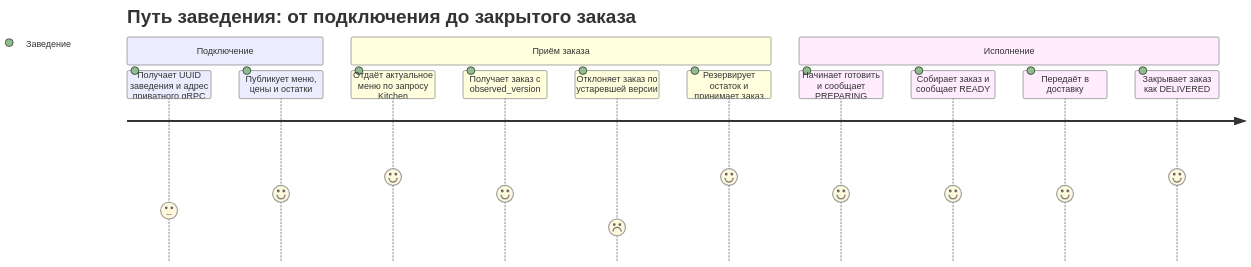
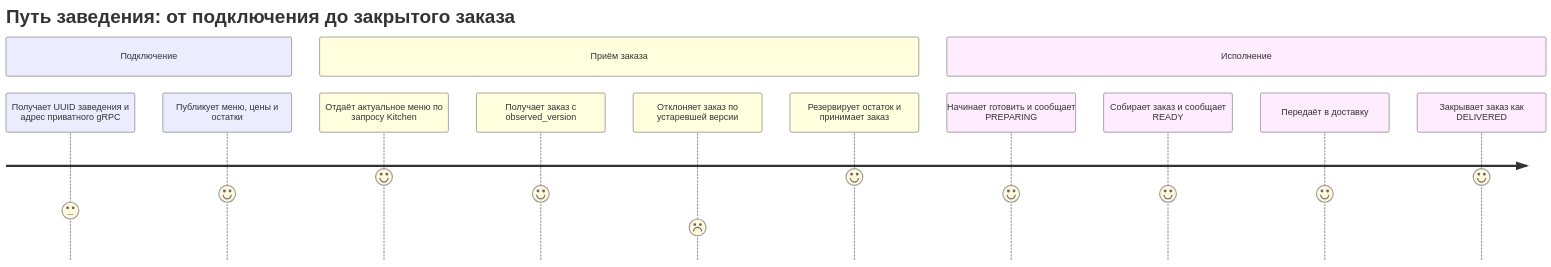
One commit to LolFolUp/avito changed the third of 10 diagrams in README.md. Above: the diagram before and after it, drawn with Mermaid. The commit also changed other lines of this file and 11 other files, not shown here.

````diff
--- a/README.md
+++ b/README.md
@@ -135,17 +151,18 @@
 ```mermaid
+%%{init: {"journey": {"width": 230, "height": 70, "taskFontSize": 14}}}%%
 journey
     title Путь заведения: от подключения до закрытого заказа
     section Подключение
-      Получает UUID заведения и адрес приватного gRPC: 3: Заведение
-      Публикует меню, цены и остатки: 4: Заведение
+      Получает UUID заведения и адрес приватного gRPC: 3
+      Публикует меню, цены и остатки: 4
     section Приём заказа
-      Отдаёт актуальное меню по запросу Kitchen: 5: Заведение
-      Получает заказ с observed_version: 4: Заведение
-      Отклоняет заказ по устаревшей версии: 2: Заведение
-      Резервирует остаток и принимает заказ: 5: Заведение
+      Отдаёт актуальное меню по запросу Kitchen: 5
+      Получает заказ с observed_version: 4
+      Отклоняет заказ по устаревшей версии: 2
+      Резервирует остаток и принимает заказ: 5
     section Исполнение
-      Начинает готовить и сообщает PREPARING: 4: Заведение
-      Собирает заказ и сообщает READY: 4: Заведение
-      Передаёт в доставку: 4: Заведение
-      Закрывает заказ как DELIVERED: 5: Заведение
+      Начинает готовить и сообщает PREPARING: 4
+      Собирает заказ и сообщает READY: 4
+      Передаёт в доставку: 4
+      Закрывает заказ как DELIVERED: 5
 ```
````
